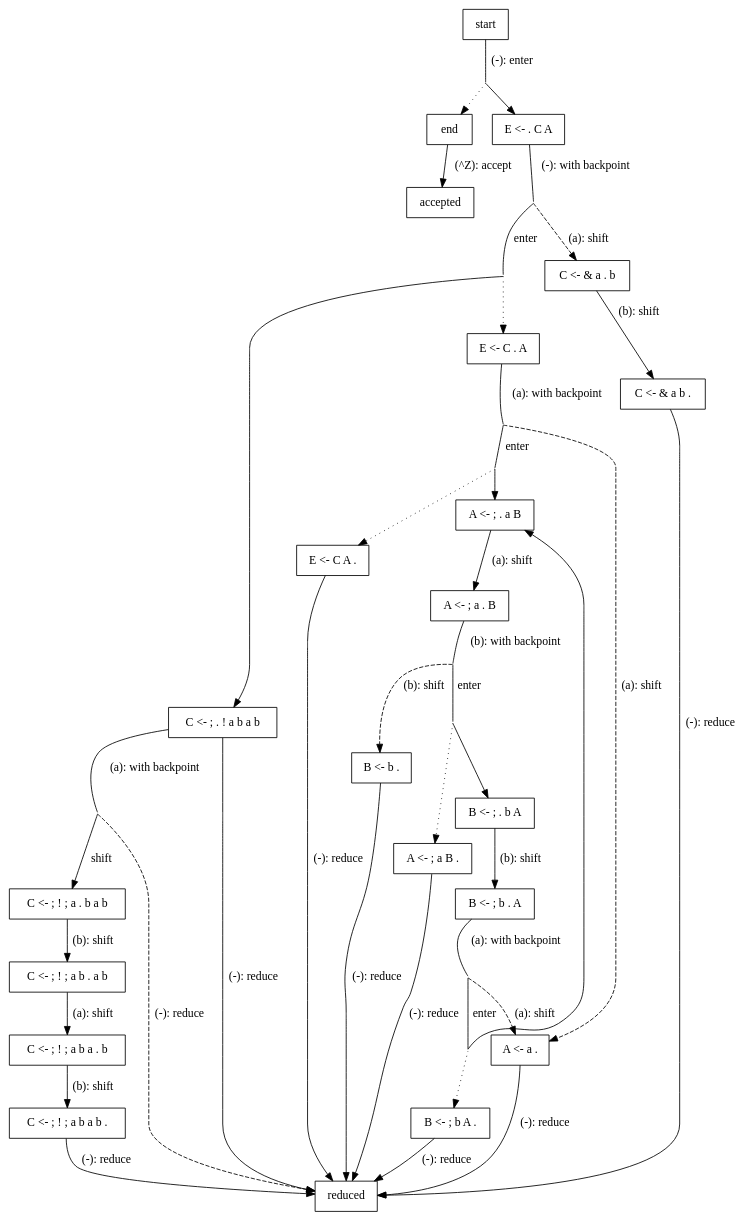
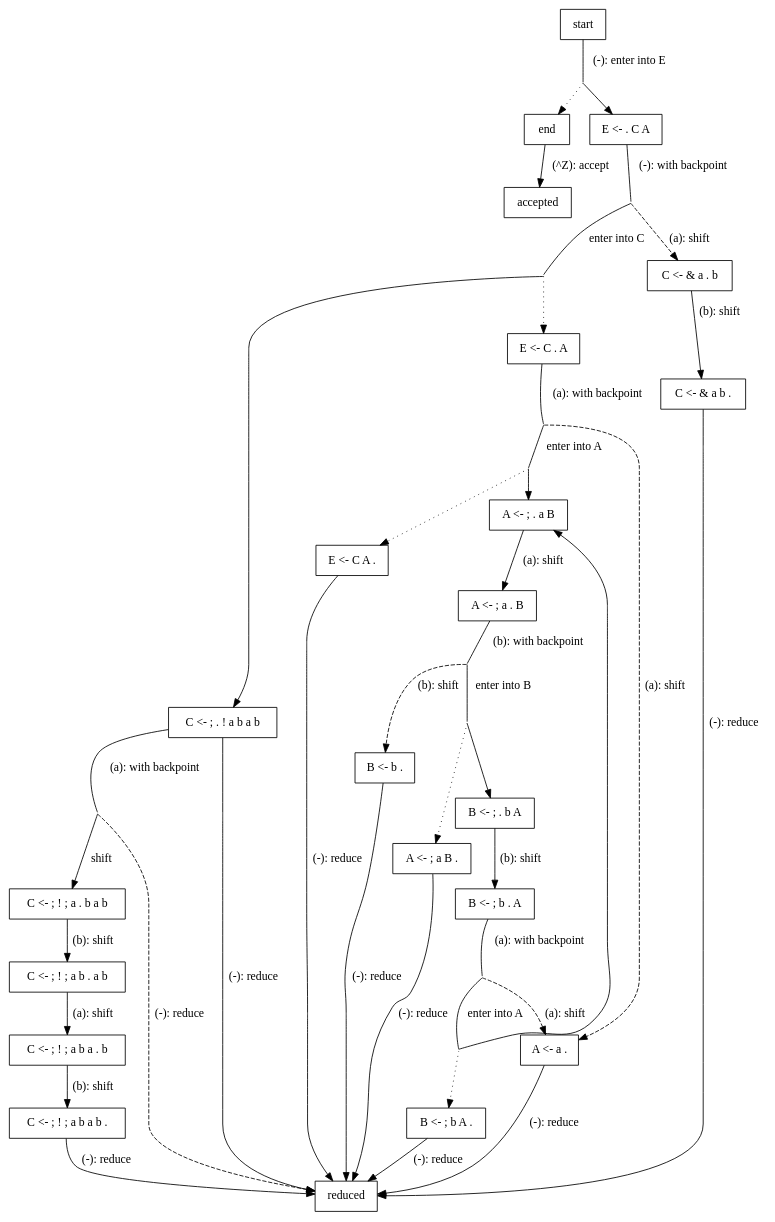
The diagram in asset/implementation-note-of-peg-parser/sample-grammar-optimized.dot (mizunashi-mana/proglang-notes), drawn with Graphviz before and after one commit. The commit also changed 4 other files, not shown here.

```diff
--- a/asset/implementation-note-of-peg-parser/sample-grammar-optimized.dot
+++ b/asset/implementation-note-of-peg-parser/sample-grammar-optimized.dot
@@ -13,7 +13,7 @@
   reduced;
 
   start -> node1_enter_joint [
-    label = "(-): enter",
+    label = "(-): enter into E",
     arrowhead = "none"
   ];
 
@@ -50,7 +50,7 @@
   ];
 
   node2_joint -> node2_enter_joint [
-    label = "enter",
+    label = "enter into C",
     arrowhead = "none"
   ];
 
@@ -166,7 +166,7 @@
   ];
 
   node13_joint -> node13_enter_joint [
-    label = "enter",
+    label = "enter into A",
     arrowhead = "none"
   ];
 
@@ -213,7 +213,7 @@
   ];
 
   node15_joint -> node15_enter_joint [
-    label = "enter",
+    label = "enter into B",
     arrowhead = "none"
   ];
 
@@ -260,7 +260,7 @@
   ];
 
   node16_13_joint -> node16_13_enter_joint [
-    label = "enter",
+    label = "enter into A",
     arrowhead = "none"
   ];
 
```
